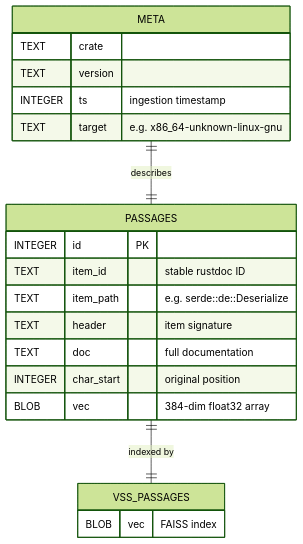
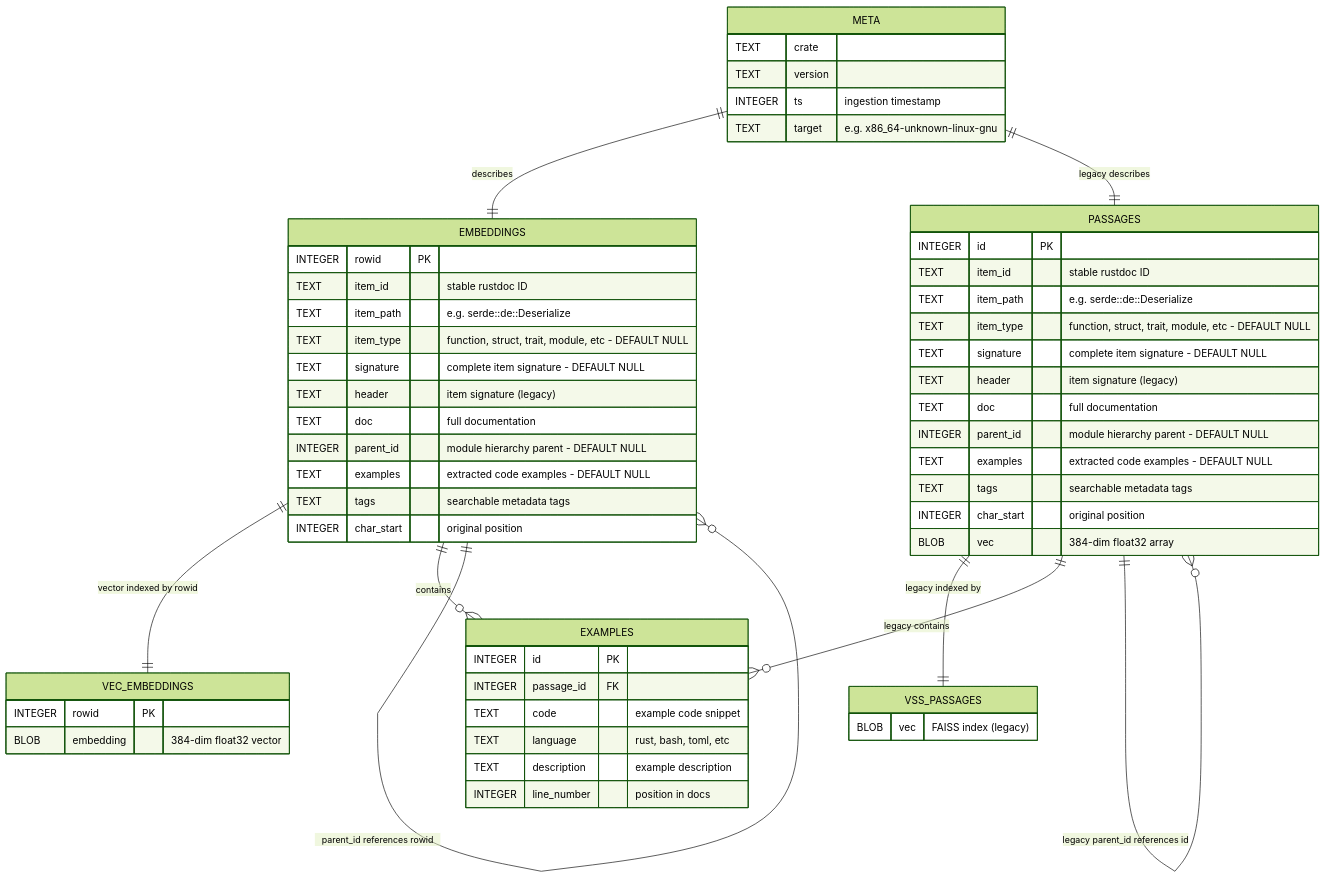
The fourth of 16 diagrams in Architecture.md (RimoVR/docsrs-mcp), drawn with Mermaid (forest theme) before and after one commit. The commit also changed other lines of this file and 7 other files, not shown here.

First line of the commit message:
feat: Enhance rustdoc JSON parsing with comprehensive metadata extraction

````diff
--- a/Architecture.md
+++ b/Architecture.md
@@ -146,26 +153,65 @@
 ```mermaid
 erDiagram
+    EMBEDDINGS {
+        INTEGER rowid PK
+        TEXT item_id "stable rustdoc ID"
+        TEXT item_path "e.g. serde::de::Deserialize"
+        TEXT item_type "function, struct, trait, module, etc - DEFAULT NULL"
+        TEXT signature "complete item signature - DEFAULT NULL"
+        TEXT header "item signature (legacy)"
+        TEXT doc "full documentation"
+        INTEGER parent_id "module hierarchy parent - DEFAULT NULL"
+        TEXT examples "extracted code examples - DEFAULT NULL"
+        TEXT tags "searchable metadata tags"
+        INTEGER char_start "original position"
+    }
+    
+    VEC_EMBEDDINGS {
+        INTEGER rowid PK
+        BLOB embedding "384-dim float32 vector"
+    }
+    
     PASSAGES {
         INTEGER id PK
         TEXT item_id "stable rustdoc ID"
         TEXT item_path "e.g. serde::de::Deserialize"
-        TEXT header "item signature"
+        TEXT item_type "function, struct, trait, module, etc - DEFAULT NULL"
+        TEXT signature "complete item signature - DEFAULT NULL"
+        TEXT header "item signature (legacy)"
         TEXT doc "full documentation"
+        INTEGER parent_id "module hierarchy parent - DEFAULT NULL"
+        TEXT examples "extracted code examples - DEFAULT NULL"
+        TEXT tags "searchable metadata tags"
         INTEGER char_start "original position"
         BLOB vec "384-dim float32 array"
     }
     
     VSS_PASSAGES {
-        BLOB vec "FAISS index"
+        BLOB vec "FAISS index (legacy)"
+    }
+    
+    EXAMPLES {
+        INTEGER id PK
+        INTEGER passage_id FK
+        TEXT code "example code snippet"
+        TEXT language "rust, bash, toml, etc"
+        TEXT description "example description"
+        INTEGER line_number "position in docs"
     }
     
     META {
         TEXT crate
         TEXT version
         INTEGER ts "ingestion timestamp"
         TEXT target "e.g. x86_64-unknown-linux-gnu"
     }
     
-    PASSAGES ||--|| VSS_PASSAGES : "indexed by"
-    META ||--|| PASSAGES : "describes"
+    EMBEDDINGS ||--|| VEC_EMBEDDINGS : "vector indexed by rowid"
+    EMBEDDINGS ||--o{ EXAMPLES : "contains"
+    EMBEDDINGS ||--o{ EMBEDDINGS : "parent_id references rowid"
+    PASSAGES ||--|| VSS_PASSAGES : "legacy indexed by"
+    PASSAGES ||--o{ EXAMPLES : "legacy contains"
+    PASSAGES ||--o{ PASSAGES : "legacy parent_id references id"
+    META ||--|| EMBEDDINGS : "describes"
+    META ||--|| PASSAGES : "legacy describes"
 ```
````
